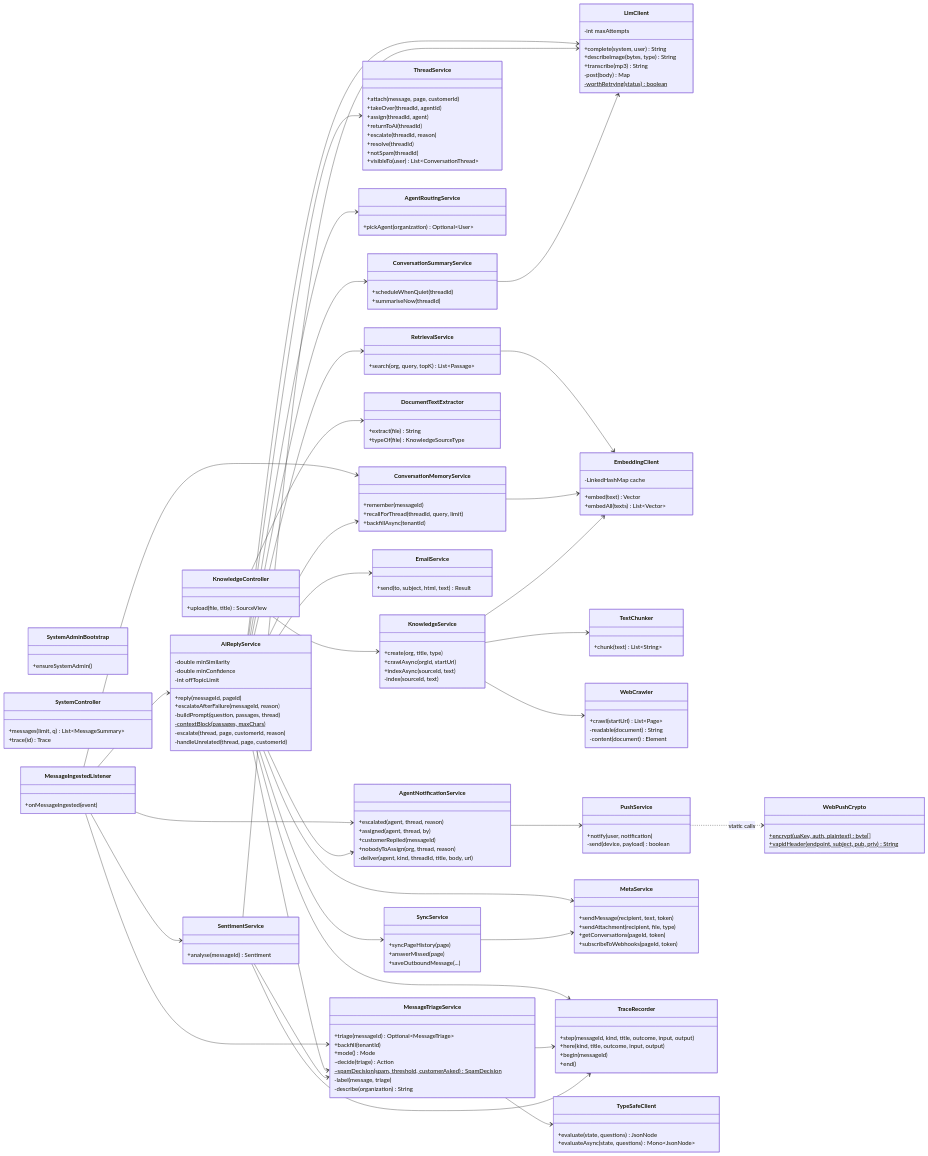
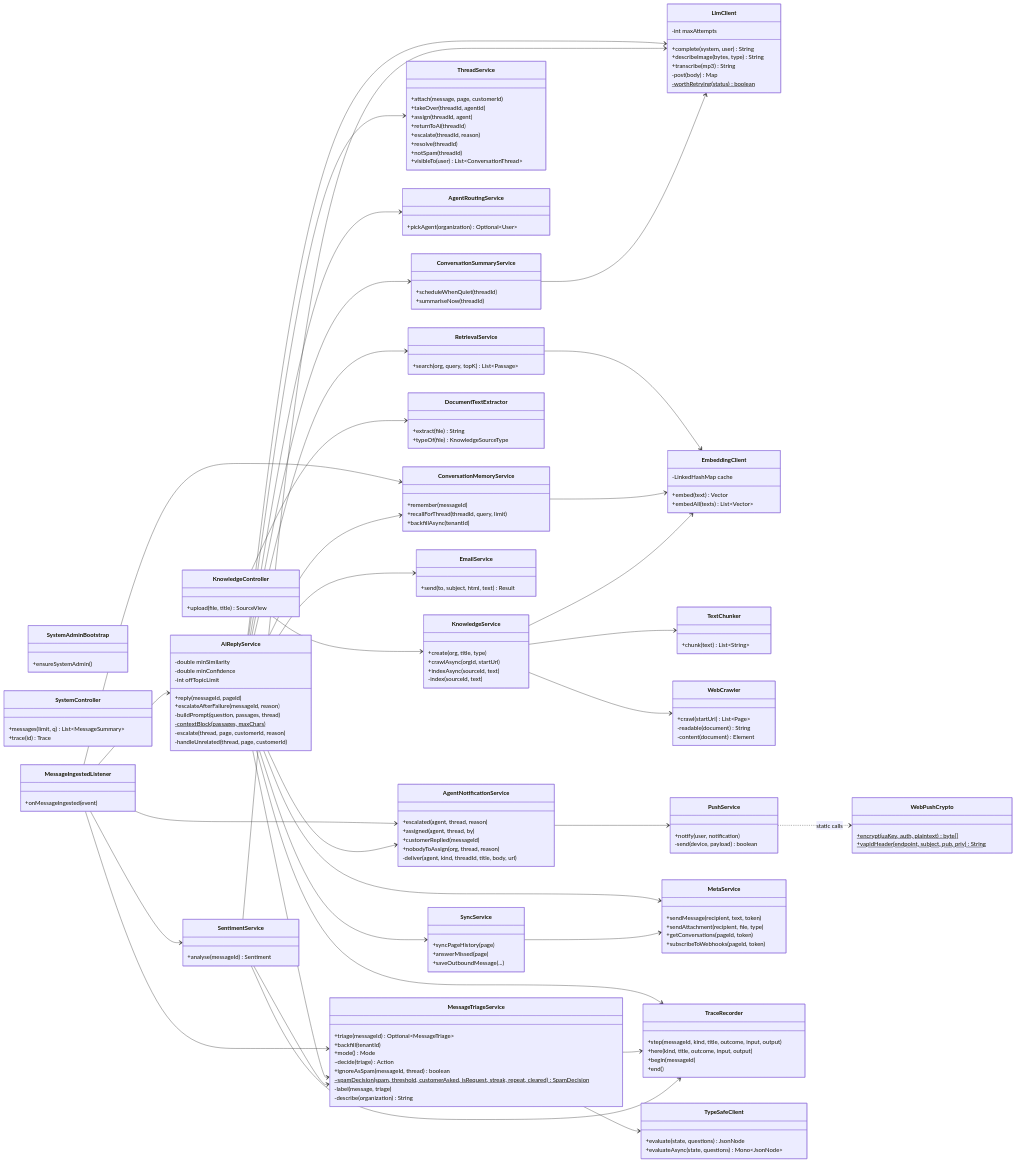
Before and after one commit to SayubShakya/eksamadhan-ai: the second of 2 diagrams in docs/system-design/new-system-design/class-diagram/README.md, drawn with Mermaid. The commit also changed 17 other files, not shown here.

```diff
--- a/docs/system-design/new-system-design/class-diagram/README.md
+++ b/docs/system-design/new-system-design/class-diagram/README.md
@@ -410,7 +410,8 @@
         +backfill(tenantId)
         +mode() Mode
         ~decide(triage) Action
-        ~spamDecision(spam, threshold, customerAsked)$ SpamDecision
+        +ignoreAsSpam(messageId, thread) boolean
+        ~spamDecision(spam, threshold, customerAsked, isRequest, streak, repeat, cleared)$ SpamDecision
         -label(message, triage)
         -describe(organization) String
     }
```
